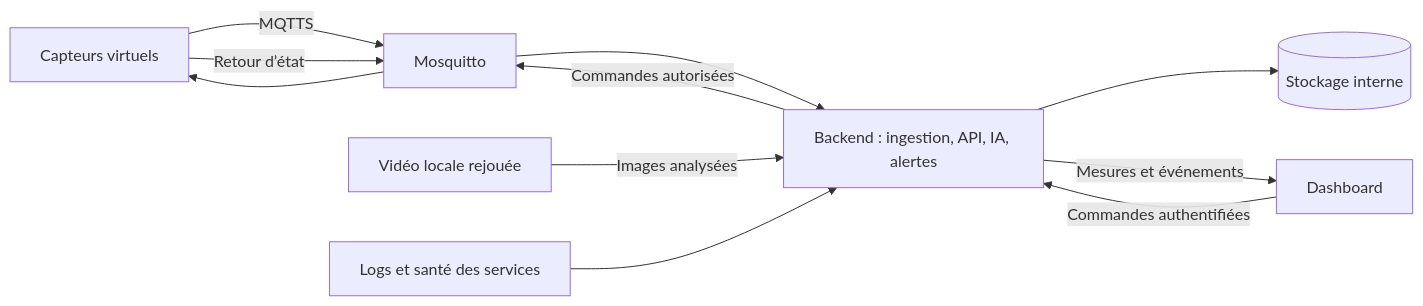
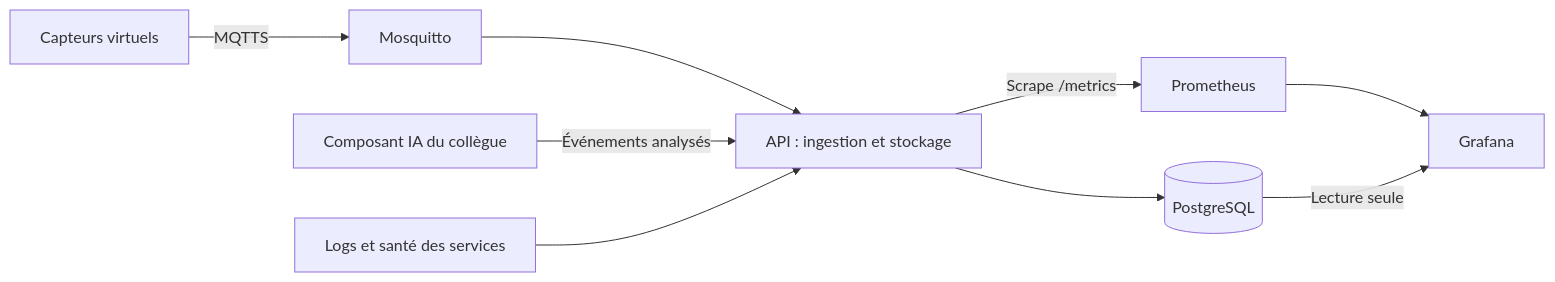
The diagram in README.md (AdamSawi/Sentinel-X), drawn with Mermaid before and after one commit. The commit also changed other lines of this file and 22 other files, not shown here.

Commit message:
feat: replace custom frontend with Grafana and Prometheus monitoring

````diff
--- a/README.md
+++ b/README.md
@@ -27,13 +26,11 @@
 ```mermaid
 flowchart LR
     Sim[Capteurs virtuels] -->|MQTTS| MQTT[Mosquitto]
-    MQTT --> Backend[Backend : ingestion, API, IA, alertes]
-    Video[Vidéo locale rejouée] -->|Images analysées| Backend
-    Backend --> DB[(Stockage interne)]
+    MQTT --> Backend[API : ingestion et stockage]
+    Video[Composant IA du collègue] -->|Événements analysés| Backend
+    Backend --> DB[(PostgreSQL)]
     Infra[Logs et santé des services] --> Backend
-    Backend -->|Mesures et événements| Front[Dashboard]
-    Front -->|Commandes authentifiées| Backend
-    Backend -->|Commandes autorisées| MQTT
-    MQTT --> Sim
-    Sim -->|Retour d’état| MQTT
+    Backend -->|Scrape /metrics| Prom[Prometheus]
+    Prom --> Grafana[Grafana]
+    DB -->|Lecture seule| Grafana
 ```
````
